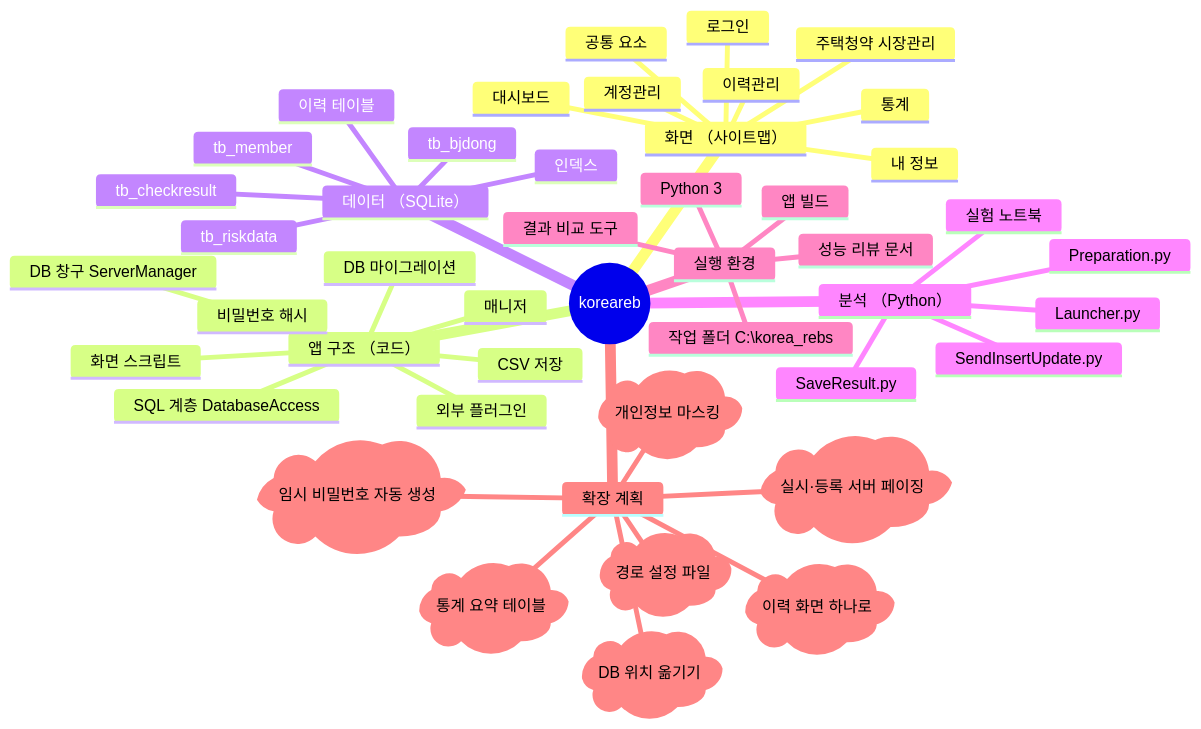
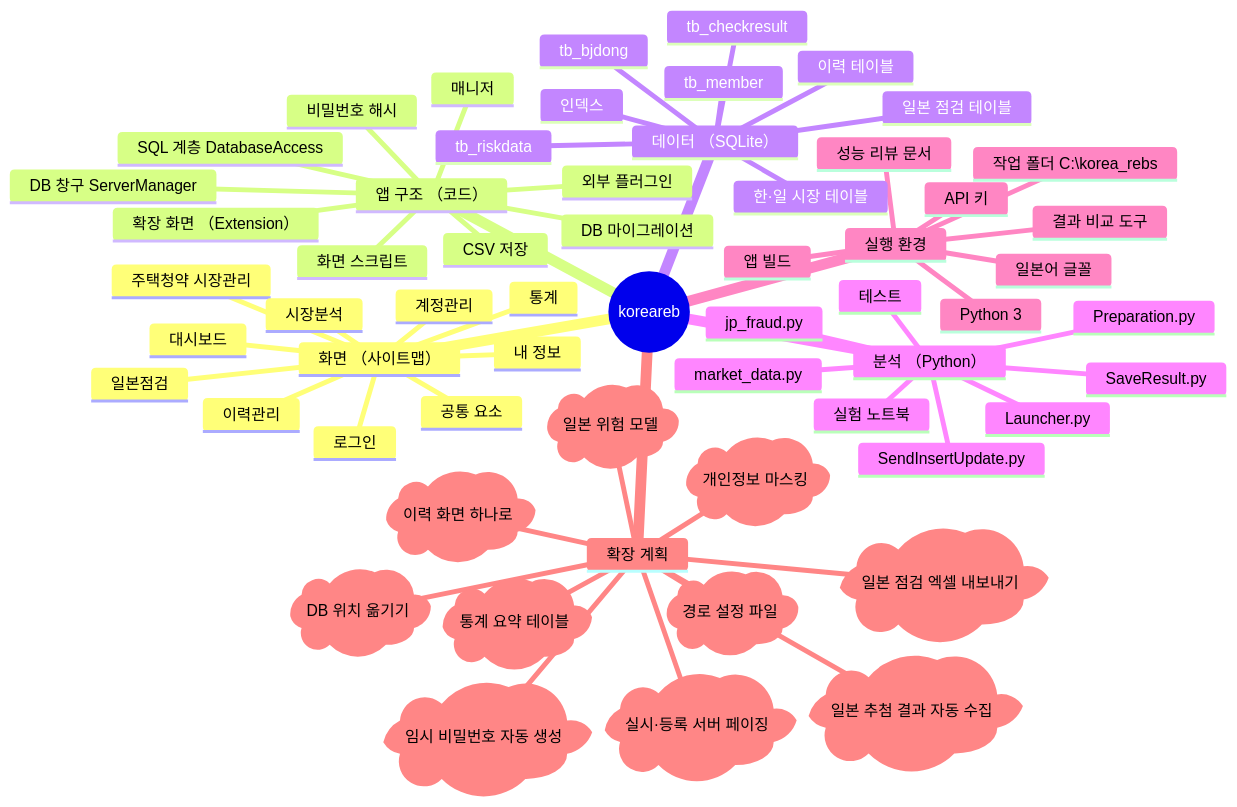
Before and after one commit to atome9797/koreareb: the first of 8 diagrams in README.md, drawn with Mermaid. The commit also changed other lines of this file and 62 other files, not shown here.

````diff
--- a/README.md
+++ b/README.md
@@ -18,49 +20,62 @@
 ```mermaid
 mindmap
   root((koreareb))
     화면 （사이트맵）
       로그인
       대시보드
       주택청약 시장관리
       통계
       이력관리
       계정관리
+      시장분석
+      일본점검
       내 정보
       공통 요소
     앱 구조 （코드）
       화면 스크립트
       매니저
       DB 창구 ServerManager
       SQL 계층 DatabaseAccess
       DB 마이그레이션
       비밀번호 해시
       CSV 저장
       외부 플러그인
+      확장 화면 （Extension）
     데이터 （SQLite）
       tb_riskdata
       tb_checkresult
       tb_bjdong
       tb_member
       이력 테이블
       인덱스
+      한·일 시장 테이블
+      일본 점검 테이블
     분석 （Python）
       Preparation.py
       Launcher.py
       SendInsertUpdate.py
       SaveResult.py
       실험 노트북
+      market_data.py
+      jp_fraud.py
+      테스트
     실행 환경
       앱 빌드
       작업 폴더 C:\korea_rebs
       Python 3
+      API 키
+      일본어 글꼴
       결과 비교 도구
       성능 리뷰 문서
     확장 계획
       plan1)실시·등록 서버 페이징(
       plan2)통계 요약 테이블(
       plan3)개인정보 마스킹(
       plan4)DB 위치 옮기기(
       plan5)경로 설정 파일(
       plan6)이력 화면 하나로(
       plan7)임시 비밀번호 자동 생성(
+      plan8)일본 점검 엑셀 내보내기(
+      plan9)일본 추첨 결과 자동 수집(
+      plan10)일본 위험 모델(
 ```
````
